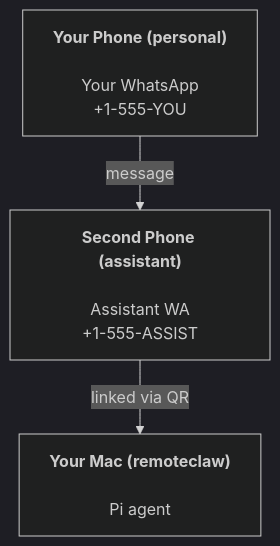
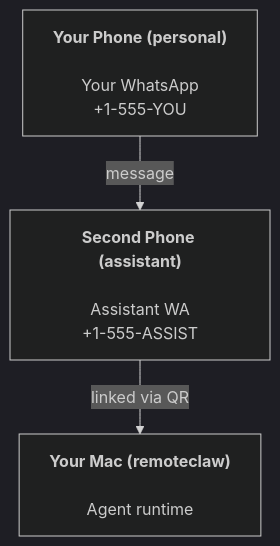
The diagram in docs/start/remoteclaw.md (remoteclaw/remoteclaw), drawn with Mermaid (dark theme) before and after one commit. The commit also changed 20 other files, not shown here.

````diff
--- a/docs/start/remoteclaw.md
+++ b/docs/start/remoteclaw.md
@@ -36,5 +36,5 @@
 ```mermaid
 flowchart TB
     A["<b>Your Phone (personal)<br></b><br>Your WhatsApp<br>+1-555-YOU"] -- message --> B["<b>Second Phone (assistant)<br></b><br>Assistant WA<br>+1-555-ASSIST"]
-    B -- linked via QR --> C["<b>Your Mac (remoteclaw)<br></b><br>Pi agent"]
+    B -- linked via QR --> C["<b>Your Mac (remoteclaw)<br></b><br>Agent runtime"]
 ```
````
